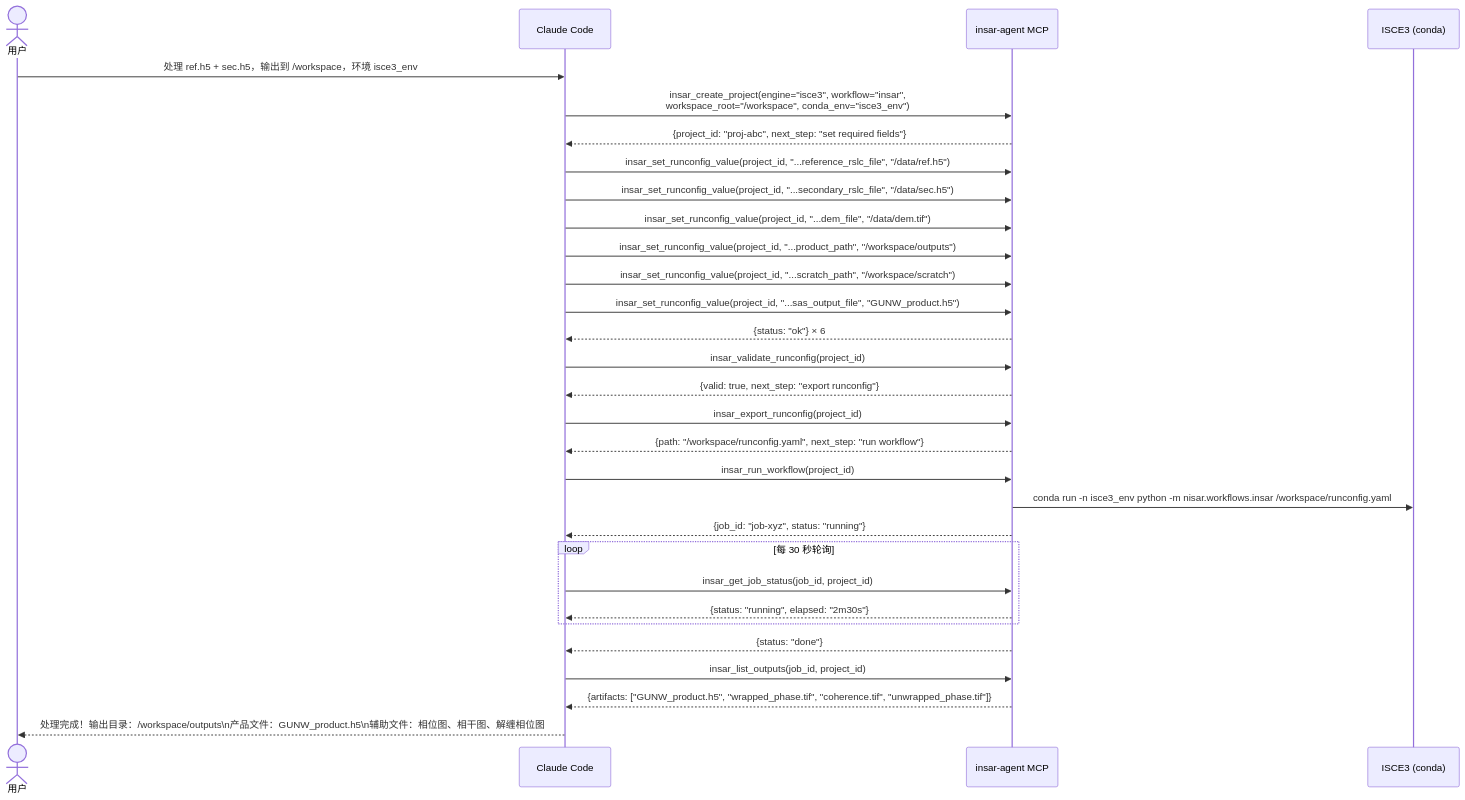
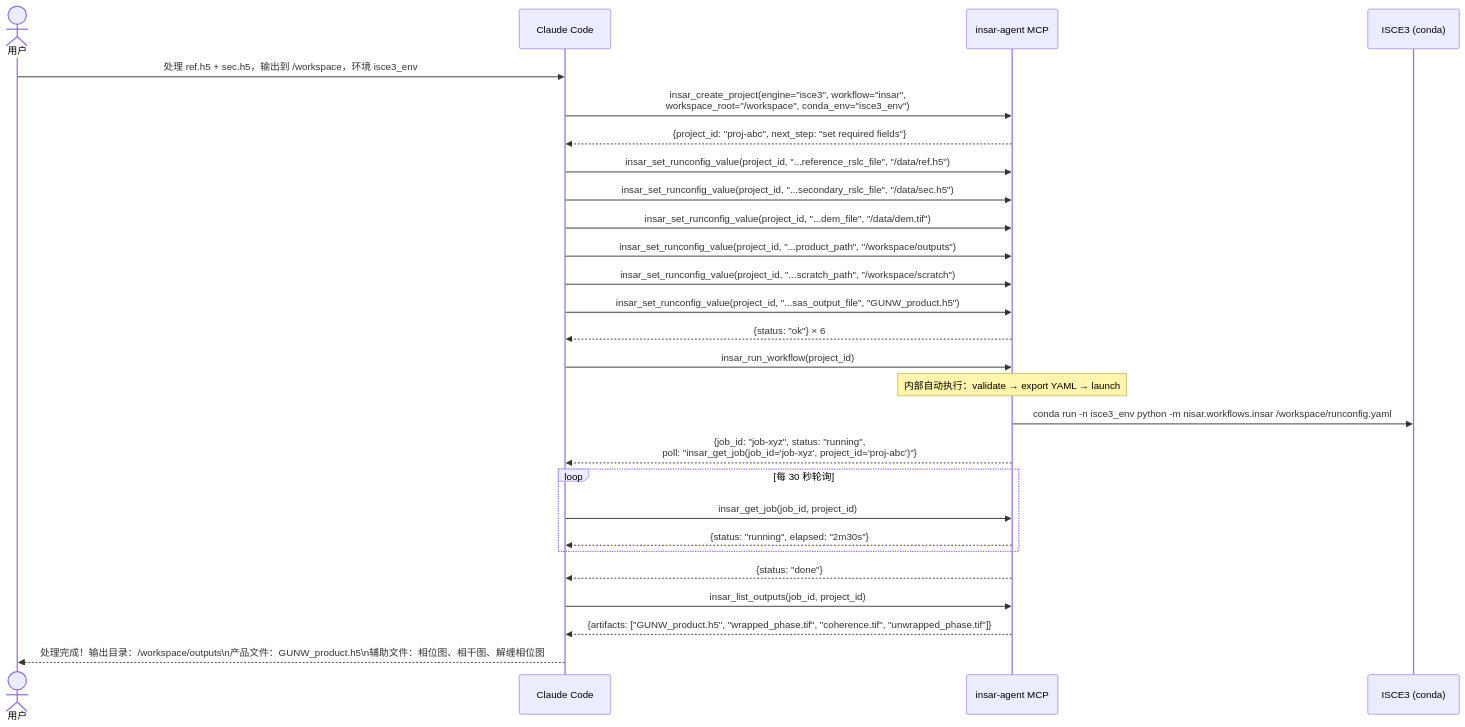
One commit to AugustT666/insar-agent-v1 changed the first of 2 diagrams in docs/developer-documents/workflow-showcase.md. Above: the diagram before and after it, drawn with Mermaid. The commit also changed other lines of this file and 20 other files, not shown here.

````diff
--- a/docs/developer-documents/workflow-showcase.md
+++ b/docs/developer-documents/workflow-showcase.md
@@ -130,42 +133,37 @@
 ```mermaid
 sequenceDiagram
     actor User as 用户
     participant AI as Claude Code
     participant MCP as insar-agent MCP
     participant ISCE3 as ISCE3 (conda)
 
     User->>AI: 处理 ref.h5 + sec.h5，输出到 /workspace，环境 isce3_env
 
     AI->>MCP: insar_create_project(engine="isce3", workflow="insar",<br/>workspace_root="/workspace", conda_env="isce3_env")
     MCP-->>AI: {project_id: "proj-abc", next_step: "set required fields"}
 
     AI->>MCP: insar_set_runconfig_value(project_id, "...reference_rslc_file", "/data/ref.h5")
     AI->>MCP: insar_set_runconfig_value(project_id, "...secondary_rslc_file", "/data/sec.h5")
     AI->>MCP: insar_set_runconfig_value(project_id, "...dem_file", "/data/dem.tif")
     AI->>MCP: insar_set_runconfig_value(project_id, "...product_path", "/workspace/outputs")
     AI->>MCP: insar_set_runconfig_value(project_id, "...scratch_path", "/workspace/scratch")
     AI->>MCP: insar_set_runconfig_value(project_id, "...sas_output_file", "GUNW_product.h5")
     MCP-->>AI: {status: "ok"} × 6
 
-    AI->>MCP: insar_validate_runconfig(project_id)
-    MCP-->>AI: {valid: true, next_step: "export runconfig"}
-
-    AI->>MCP: insar_export_runconfig(project_id)
-    MCP-->>AI: {path: "/workspace/runconfig.yaml", next_step: "run workflow"}
-
     AI->>MCP: insar_run_workflow(project_id)
+    Note over MCP: 内部自动执行：validate → export YAML → launch
     MCP->>ISCE3: conda run -n isce3_env python -m nisar.workflows.insar /workspace/runconfig.yaml
-    MCP-->>AI: {job_id: "job-xyz", status: "running"}
+    MCP-->>AI: {job_id: "job-xyz", status: "running",<br/>poll: "insar_get_job(job_id='job-xyz', project_id='proj-abc')"}
 
     loop 每 30 秒轮询
-        AI->>MCP: insar_get_job_status(job_id, project_id)
+        AI->>MCP: insar_get_job(job_id, project_id)
         MCP-->>AI: {status: "running", elapsed: "2m30s"}
     end
 
     MCP-->>AI: {status: "done"}
 
     AI->>MCP: insar_list_outputs(job_id, project_id)
     MCP-->>AI: {artifacts: ["GUNW_product.h5", "wrapped_phase.tif", "coherence.tif", "unwrapped_phase.tif"]}
 
     AI-->>User: 处理完成！输出目录：/workspace/outputs\n产品文件：GUNW_product.h5\n辅助文件：相位图、相干图、解缠相位图
 ```
````
